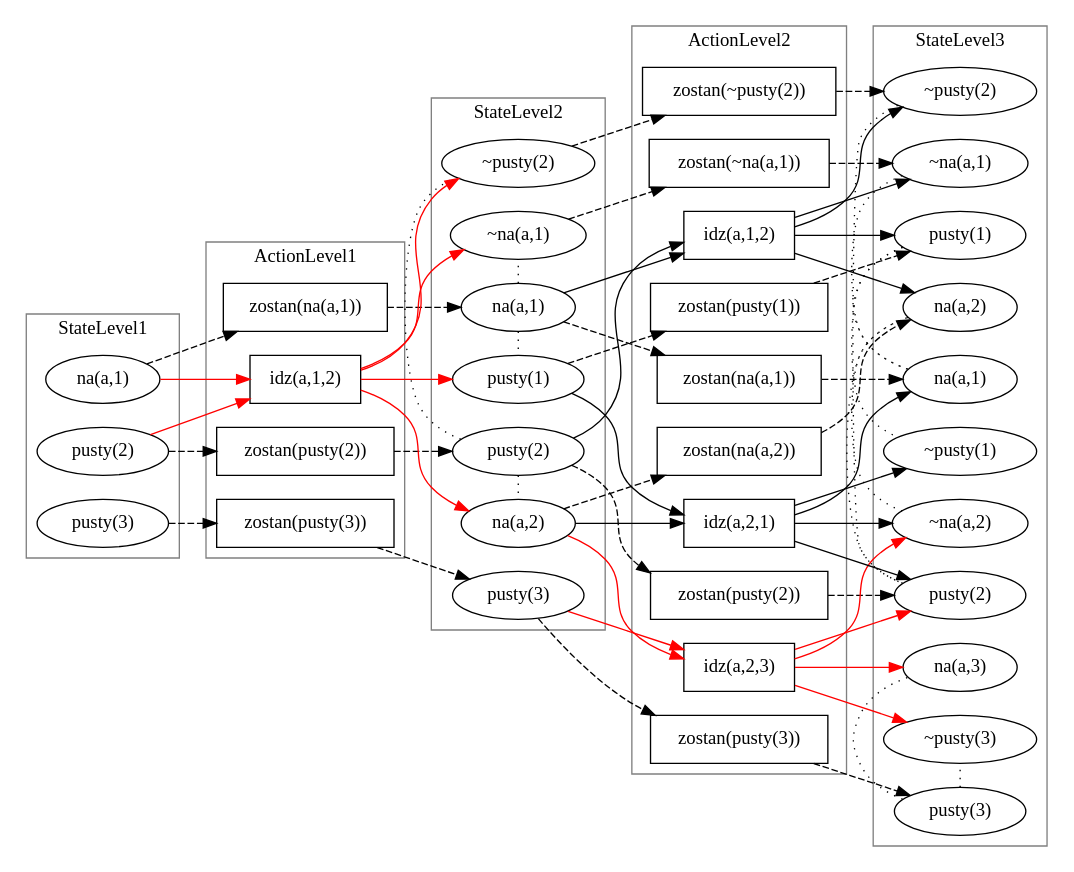
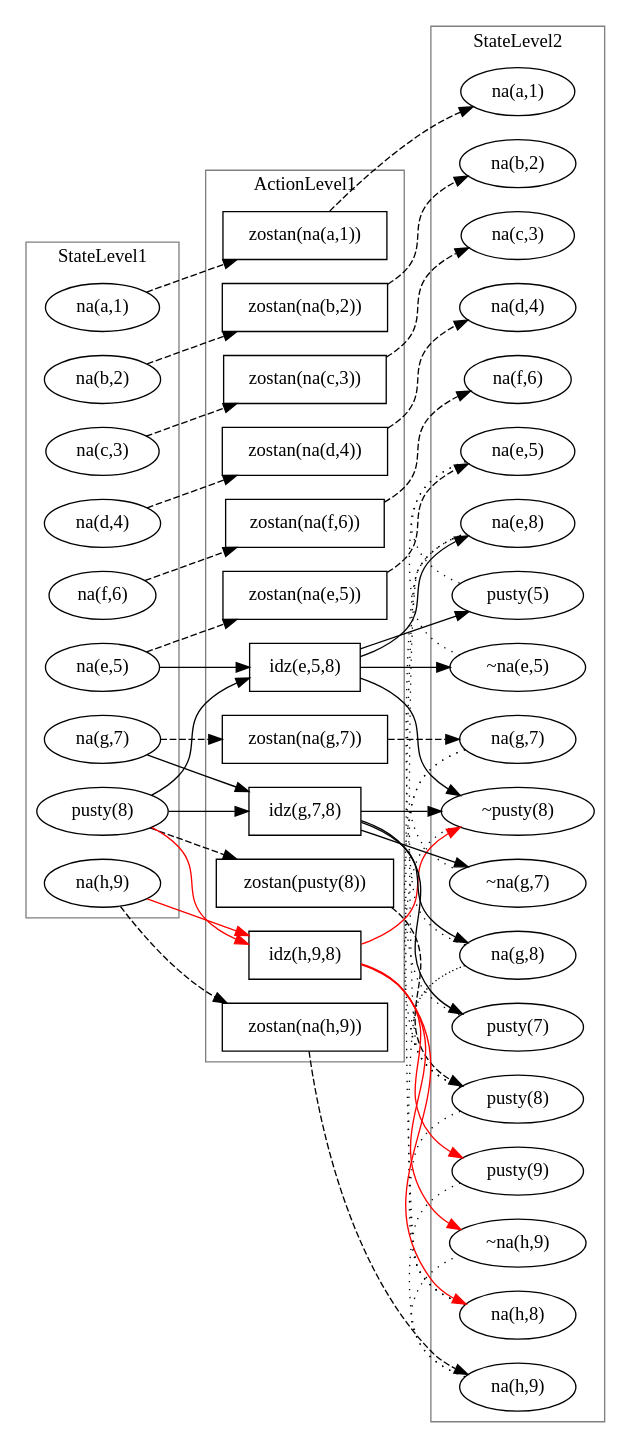
Before and after one commit to 41761707/Inzynierka: the diagram in Inzynierka/sources/FULL_GRAPHPLAN.gv, drawn with Graphviz. The commit also changed 7 other files, not shown here.

```diff
--- a/Inzynierka/sources/FULL_GRAPHPLAN.gv
+++ b/Inzynierka/sources/FULL_GRAPHPLAN.gv
@@ -1,116 +1,105 @@
 digraph G {
 	subgraph cluster_StateLevel1 {
 		color=gray
 		label=StateLevel1
 		"na(a,1)1" [label="na(a,1)" shape=oval]
-		"pusty(2)1" [label="pusty(2)" shape=oval]
-		"pusty(3)1" [label="pusty(3)" shape=oval]
+		"na(b,2)1" [label="na(b,2)" shape=oval]
+		"na(c,3)1" [label="na(c,3)" shape=oval]
+		"na(d,4)1" [label="na(d,4)" shape=oval]
+		"na(e,5)1" [label="na(e,5)" shape=oval]
+		"na(f,6)1" [label="na(f,6)" shape=oval]
+		"na(g,7)1" [label="na(g,7)" shape=oval]
+		"pusty(8)1" [label="pusty(8)" shape=oval]
+		"na(h,9)1" [label="na(h,9)" shape=oval]
 	}
-	"na(a,1)2" -> "pusty(1)2" [arrowhead=none constraint=false style=dotted]
-	"na(a,1)2" -> "~na(a,1)2" [arrowhead=none constraint=false style=dotted]
-	"pusty(2)2" -> "na(a,2)2" [arrowhead=none constraint=false style=dotted]
-	"pusty(2)2" -> "~pusty(2)2" [arrowhead=none constraint=false style=dotted]
+	"na(e,5)2" -> "pusty(5)2" [arrowhead=none constraint=false style=dotted]
+	"na(e,5)2" -> "~na(e,5)2" [arrowhead=none constraint=false style=dotted]
+	"na(g,7)2" -> "pusty(7)2" [arrowhead=none constraint=false style=dotted]
+	"na(g,7)2" -> "~na(g,7)2" [arrowhead=none constraint=false style=dotted]
+	"na(g,8)2" -> "na(e,8)2" [arrowhead=none constraint=false style=dotted]
+	"na(h,8)2" -> "na(e,8)2" [arrowhead=none constraint=false style=dotted]
+	"na(h,8)2" -> "na(g,8)2" [arrowhead=none constraint=false style=dotted]
+	"na(h,9)2" -> "pusty(9)2" [arrowhead=none constraint=false style=dotted]
+	"na(h,9)2" -> "~na(h,9)2" [arrowhead=none constraint=false style=dotted]
+	"pusty(8)2" -> "na(e,8)2" [arrowhead=none constraint=false style=dotted]
+	"pusty(8)2" -> "na(g,8)2" [arrowhead=none constraint=false style=dotted]
+	"pusty(8)2" -> "na(h,8)2" [arrowhead=none constraint=false style=dotted]
+	"pusty(8)2" -> "~pusty(8)2" [arrowhead=none constraint=false style=dotted]
 	subgraph cluster_ActionLevel1 {
 		color=gray
 		label=ActionLevel1
-		"zostan(pusty(3))1" [label="zostan(pusty(3))" shape=box]
-		"zostan(pusty(2))1" [label="zostan(pusty(2))" shape=box]
+		"zostan(na(h,9))1" [label="zostan(na(h,9))" shape=box]
+		"zostan(pusty(8))1" [label="zostan(pusty(8))" shape=box]
+		"zostan(na(g,7))1" [label="zostan(na(g,7))" shape=box]
+		"zostan(na(f,6))1" [label="zostan(na(f,6))" shape=box]
+		"zostan(na(e,5))1" [label="zostan(na(e,5))" shape=box]
+		"zostan(na(d,4))1" [label="zostan(na(d,4))" shape=box]
+		"zostan(na(c,3))1" [label="zostan(na(c,3))" shape=box]
+		"zostan(na(b,2))1" [label="zostan(na(b,2))" shape=box]
 		"zostan(na(a,1))1" [label="zostan(na(a,1))" shape=box]
-		"idz(a,1,2)1" [label="idz(a,1,2)" shape=box]
+		"idz(h,9,8)1" [label="idz(h,9,8)" shape=box]
+		"idz(g,7,8)1" [label="idz(g,7,8)" shape=box]
+		"idz(e,5,8)1" [label="idz(e,5,8)" shape=box]
 		"zostan(na(a,1))1" [label="zostan(na(a,1))" shape=box]
 	}
 	subgraph cluster_StateLevel2 {
 		color=gray
 		label=StateLevel2
-		"pusty(3)2" [label="pusty(3)" shape=oval]
-		"pusty(2)2" [label="pusty(2)" shape=oval]
+		"na(h,9)2" [label="na(h,9)" shape=oval]
+		"pusty(8)2" [label="pusty(8)" shape=oval]
+		"na(g,7)2" [label="na(g,7)" shape=oval]
+		"na(f,6)2" [label="na(f,6)" shape=oval]
+		"na(e,5)2" [label="na(e,5)" shape=oval]
+		"na(d,4)2" [label="na(d,4)" shape=oval]
+		"na(c,3)2" [label="na(c,3)" shape=oval]
+		"na(b,2)2" [label="na(b,2)" shape=oval]
 		"na(a,1)2" [label="na(a,1)" shape=oval]
-		"~pusty(2)2" [label="~pusty(2)" shape=oval]
-		"~na(a,1)2" [label="~na(a,1)" shape=oval]
-		"pusty(1)2" [label="pusty(1)" shape=oval]
-		"na(a,2)2" [label="na(a,2)" shape=oval]
+		"~pusty(8)2" [label="~pusty(8)" shape=oval]
+		"~na(h,9)2" [label="~na(h,9)" shape=oval]
+		"pusty(9)2" [label="pusty(9)" shape=oval]
+		"na(h,8)2" [label="na(h,8)" shape=oval]
+		"~na(g,7)2" [label="~na(g,7)" shape=oval]
+		"pusty(7)2" [label="pusty(7)" shape=oval]
+		"na(g,8)2" [label="na(g,8)" shape=oval]
+		"~na(e,5)2" [label="~na(e,5)" shape=oval]
+		"pusty(5)2" [label="pusty(5)" shape=oval]
+		"na(e,8)2" [label="na(e,8)" shape=oval]
 	}
 	"na(a,1)1" -> "zostan(na(a,1))1" [style=dashed]
 	"zostan(na(a,1))1" -> "na(a,1)2" [style=dashed]
-	"na(a,1)1" -> "idz(a,1,2)1" [color=red]
-	"pusty(2)1" -> "idz(a,1,2)1" [color=red]
-	"idz(a,1,2)1" -> "na(a,2)2" [color=red]
-	"idz(a,1,2)1" -> "pusty(1)2" [color=red]
-	"idz(a,1,2)1" -> "~na(a,1)2" [color=red]
-	"idz(a,1,2)1" -> "~pusty(2)2" [color=red]
-	"pusty(2)1" -> "zostan(pusty(2))1" [style=dashed]
-	"zostan(pusty(2))1" -> "pusty(2)2" [style=dashed]
-	"pusty(3)1" -> "zostan(pusty(3))1" [style=dashed]
-	"zostan(pusty(3))1" -> "pusty(3)2" [style=dashed]
-	"na(a,2)3" -> "~na(a,2)3" [arrowhead=none constraint=false style=dotted]
-	"pusty(1)3" -> "na(a,1)3" [arrowhead=none constraint=false style=dotted]
-	"pusty(1)3" -> "~pusty(1)3" [arrowhead=none constraint=false style=dotted]
-	"pusty(2)3" -> "na(a,2)3" [arrowhead=none constraint=false style=dotted]
-	"pusty(3)3" -> "na(a,3)3" [arrowhead=none constraint=false style=dotted]
-	"pusty(3)3" -> "~pusty(3)3" [arrowhead=none constraint=false style=dotted]
-	"~na(a,1)3" -> "na(a,1)3" [arrowhead=none constraint=false style=dotted]
-	"~pusty(2)3" -> "pusty(2)3" [arrowhead=none constraint=false style=dotted]
-	subgraph cluster_ActionLevel2 {
-		color=gray
-		label=ActionLevel2
-		"zostan(na(a,2))2" [label="zostan(na(a,2))" shape=box]
-		"zostan(pusty(1))2" [label="zostan(pusty(1))" shape=box]
-		"zostan(~na(a,1))2" [label="zostan(~na(a,1))" shape=box]
-		"zostan(~pusty(2))2" [label="zostan(~pusty(2))" shape=box]
-		"zostan(na(a,1))2" [label="zostan(na(a,1))" shape=box]
-		"zostan(pusty(2))2" [label="zostan(pusty(2))" shape=box]
-		"zostan(pusty(3))2" [label="zostan(pusty(3))" shape=box]
-		"idz(a,2,3)2" [label="idz(a,2,3)" shape=box]
-		"idz(a,2,1)2" [label="idz(a,2,1)" shape=box]
-		"idz(a,1,2)2" [label="idz(a,1,2)" shape=box]
-		"zostan(na(a,1))2" [label="zostan(na(a,1))" shape=box]
-	}
-	subgraph cluster_StateLevel3 {
-		color=gray
-		label=StateLevel3
-		"na(a,2)3" [label="na(a,2)" shape=oval]
-		"pusty(1)3" [label="pusty(1)" shape=oval]
-		"~na(a,1)3" [label="~na(a,1)" shape=oval]
-		"~pusty(2)3" [label="~pusty(2)" shape=oval]
-		"na(a,1)3" [label="na(a,1)" shape=oval]
-		"pusty(2)3" [label="pusty(2)" shape=oval]
-		"pusty(3)3" [label="pusty(3)" shape=oval]
-		"~pusty(3)3" [label="~pusty(3)" shape=oval]
-		"~na(a,2)3" [label="~na(a,2)" shape=oval]
-		"na(a,3)3" [label="na(a,3)" shape=oval]
-		"~pusty(1)3" [label="~pusty(1)" shape=oval]
-	}
-	"na(a,1)2" -> "zostan(na(a,1))2" [style=dashed]
-	"zostan(na(a,1))2" -> "na(a,1)3" [style=dashed]
-	"na(a,1)2" -> "idz(a,1,2)2"
-	"pusty(2)2" -> "idz(a,1,2)2"
-	"idz(a,1,2)2" -> "na(a,2)3"
-	"idz(a,1,2)2" -> "pusty(1)3"
-	"idz(a,1,2)2" -> "~na(a,1)3"
-	"idz(a,1,2)2" -> "~pusty(2)3"
-	"na(a,2)2" -> "idz(a,2,1)2"
-	"pusty(1)2" -> "idz(a,2,1)2"
-	"idz(a,2,1)2" -> "na(a,1)3"
-	"idz(a,2,1)2" -> "pusty(2)3"
-	"idz(a,2,1)2" -> "~na(a,2)3"
-	"idz(a,2,1)2" -> "~pusty(1)3"
-	"na(a,2)2" -> "idz(a,2,3)2" [color=red]
-	"pusty(3)2" -> "idz(a,2,3)2" [color=red]
-	"idz(a,2,3)2" -> "na(a,3)3" [color=red]
-	"idz(a,2,3)2" -> "pusty(2)3" [color=red]
-	"idz(a,2,3)2" -> "~na(a,2)3" [color=red]
-	"idz(a,2,3)2" -> "~pusty(3)3" [color=red]
-	"pusty(3)2" -> "zostan(pusty(3))2" [style=dashed]
-	"zostan(pusty(3))2" -> "pusty(3)3" [style=dashed]
-	"pusty(2)2" -> "zostan(pusty(2))2" [style=dashed]
-	"zostan(pusty(2))2" -> "pusty(2)3" [style=dashed]
-	"~pusty(2)2" -> "zostan(~pusty(2))2" [style=dashed]
-	"zostan(~pusty(2))2" -> "~pusty(2)3" [style=dashed]
-	"~na(a,1)2" -> "zostan(~na(a,1))2" [style=dashed]
-	"zostan(~na(a,1))2" -> "~na(a,1)3" [style=dashed]
-	"pusty(1)2" -> "zostan(pusty(1))2" [style=dashed]
-	"zostan(pusty(1))2" -> "pusty(1)3" [style=dashed]
-	"na(a,2)2" -> "zostan(na(a,2))2" [style=dashed]
-	"zostan(na(a,2))2" -> "na(a,2)3" [style=dashed]
+	"na(e,5)1" -> "idz(e,5,8)1"
+	"pusty(8)1" -> "idz(e,5,8)1"
+	"idz(e,5,8)1" -> "na(e,8)2"
+	"idz(e,5,8)1" -> "pusty(5)2"
+	"idz(e,5,8)1" -> "~na(e,5)2"
+	"idz(e,5,8)1" -> "~pusty(8)2"
+	"na(g,7)1" -> "idz(g,7,8)1"
+	"pusty(8)1" -> "idz(g,7,8)1"
+	"idz(g,7,8)1" -> "na(g,8)2"
+	"idz(g,7,8)1" -> "pusty(7)2"
+	"idz(g,7,8)1" -> "~na(g,7)2"
+	"idz(g,7,8)1" -> "~pusty(8)2"
+	"na(h,9)1" -> "idz(h,9,8)1" [color=red]
+	"pusty(8)1" -> "idz(h,9,8)1" [color=red]
+	"idz(h,9,8)1" -> "na(h,8)2" [color=red]
+	"idz(h,9,8)1" -> "pusty(9)2" [color=red]
+	"idz(h,9,8)1" -> "~na(h,9)2" [color=red]
+	"idz(h,9,8)1" -> "~pusty(8)2" [color=red]
+	"na(b,2)1" -> "zostan(na(b,2))1" [style=dashed]
+	"zostan(na(b,2))1" -> "na(b,2)2" [style=dashed]
+	"na(c,3)1" -> "zostan(na(c,3))1" [style=dashed]
+	"zostan(na(c,3))1" -> "na(c,3)2" [style=dashed]
+	"na(d,4)1" -> "zostan(na(d,4))1" [style=dashed]
+	"zostan(na(d,4))1" -> "na(d,4)2" [style=dashed]
+	"na(e,5)1" -> "zostan(na(e,5))1" [style=dashed]
+	"zostan(na(e,5))1" -> "na(e,5)2" [style=dashed]
+	"na(f,6)1" -> "zostan(na(f,6))1" [style=dashed]
+	"zostan(na(f,6))1" -> "na(f,6)2" [style=dashed]
+	"na(g,7)1" -> "zostan(na(g,7))1" [style=dashed]
+	"zostan(na(g,7))1" -> "na(g,7)2" [style=dashed]
+	"pusty(8)1" -> "zostan(pusty(8))1" [style=dashed]
+	"zostan(pusty(8))1" -> "pusty(8)2" [style=dashed]
+	"na(h,9)1" -> "zostan(na(h,9))1" [style=dashed]
+	"zostan(na(h,9))1" -> "na(h,9)2" [style=dashed]
 	rankdir=LR
 }
```
